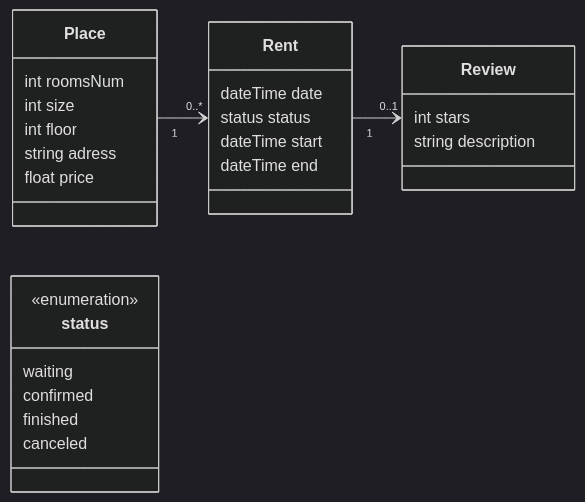
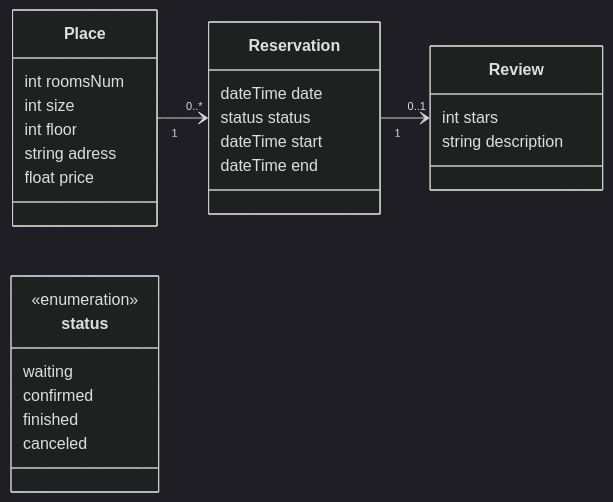
One commit to Karolinskis/Property-management changed the diagram in README.md. Above: the diagram before and after it, drawn with Mermaid (dark theme). The commit also changed 24 other files, not shown here.

````diff
--- a/README.md
+++ b/README.md
@@ -71,30 +71,30 @@
 ```mermaid
 classDiagram
 direction LR
-Place "1" --> "0..*" Rent
-Rent "1" --> "0..1" Review
+Place "1" --> "0..*" Reservation
+Reservation "1" --> "0..1" Review
 class Place {
     int roomsNum
     int size
     int floor
     string adress
     float price
 }
-class Rent {
+class Reservation {
     dateTime date
     status status
     dateTime start
     dateTime end
 }
 class Review {
     int stars
     string description
 }
 class status {
     <<enumeration>>
     waiting
     confirmed
     finished
     canceled
 }
 ```
````
